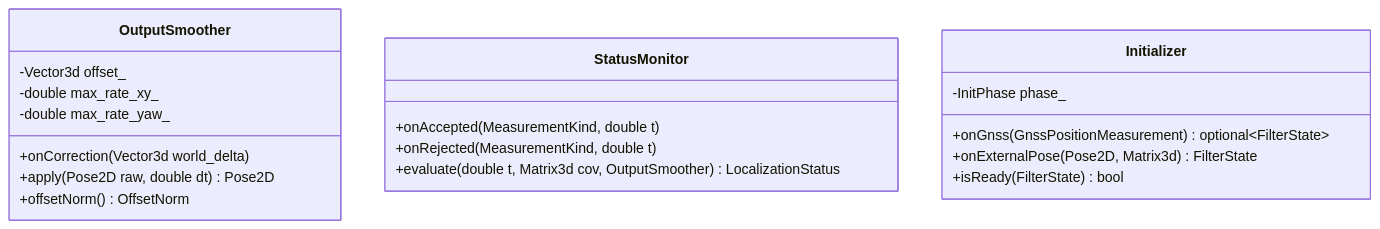
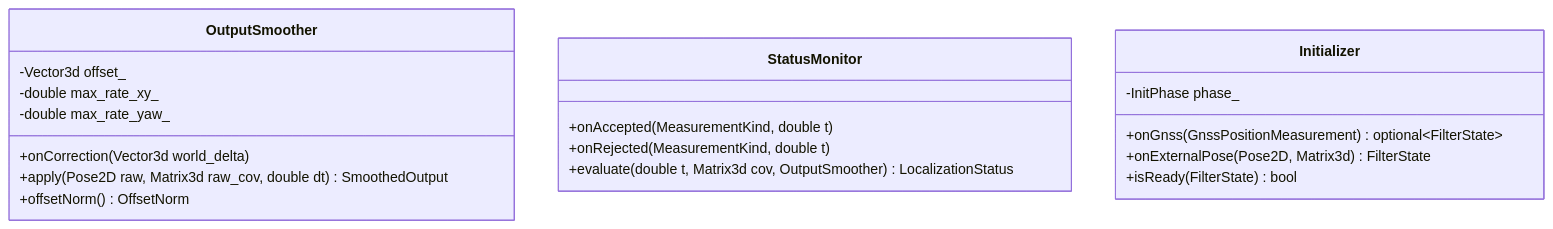
One commit to mamoru1126/gnss_and_lidar_localization changed the seventh of 14 diagrams in docs/architecture.md. Above: the diagram before and after it, drawn with Mermaid. The commit also changed other lines of this file and 2 other files, not shown here.

Commit message:
docs: 出力の共分散にオフセット分を加算（設計書 v0.7）
出力整形層にオフセット o が残っている間、出力は最良推定から o だけずれているため、
公開する共分散を Σ_out = Σ_w + o oᵀ とする。フィルタの共分散は raw_cov として別に持つ。

Claude-Session: https://claude.ai/code/session_01KqRGR7WGN4hVsxkDus5iEQ

````diff
--- a/docs/architecture.md
+++ b/docs/architecture.md
@@ -520,22 +521,22 @@
 ```mermaid
 classDiagram
   class OutputSmoother {
     -Vector3d offset_
     -double max_rate_xy_
     -double max_rate_yaw_
     +onCorrection(Vector3d world_delta)
-    +apply(Pose2D raw, double dt) Pose2D
+    +apply(Pose2D raw, Matrix3d raw_cov, double dt) SmoothedOutput
     +offsetNorm() OffsetNorm
   }
   class StatusMonitor {
     +onAccepted(MeasurementKind, double t)
     +onRejected(MeasurementKind, double t)
     +evaluate(double t, Matrix3d cov, OutputSmoother) LocalizationStatus
   }
   class Initializer {
     -InitPhase phase_
     +onGnss(GnssPositionMeasurement) optional~FilterState~
     +onExternalPose(Pose2D, Matrix3d) FilterState
     +isReady(FilterState) bool
   }
 ```
````
